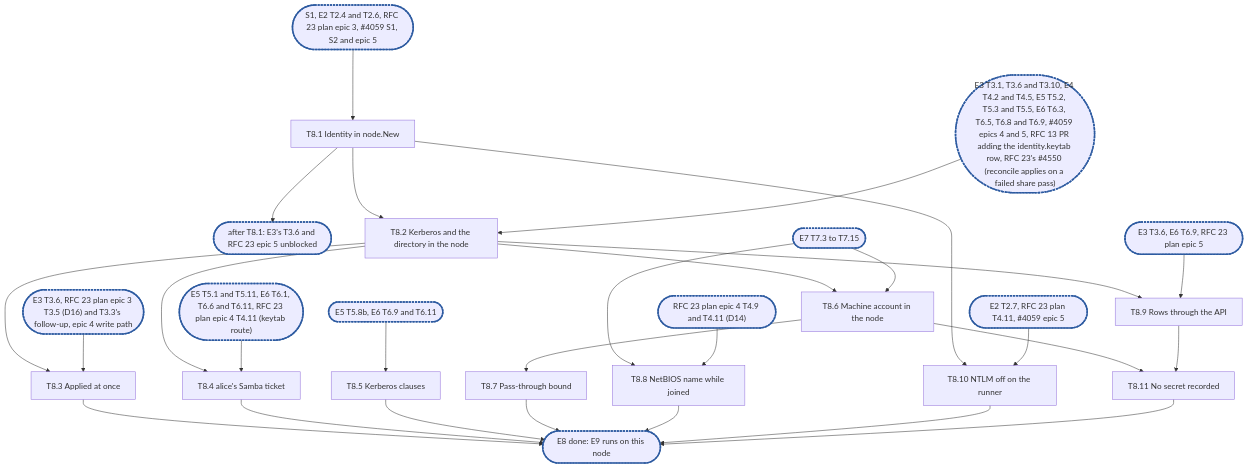
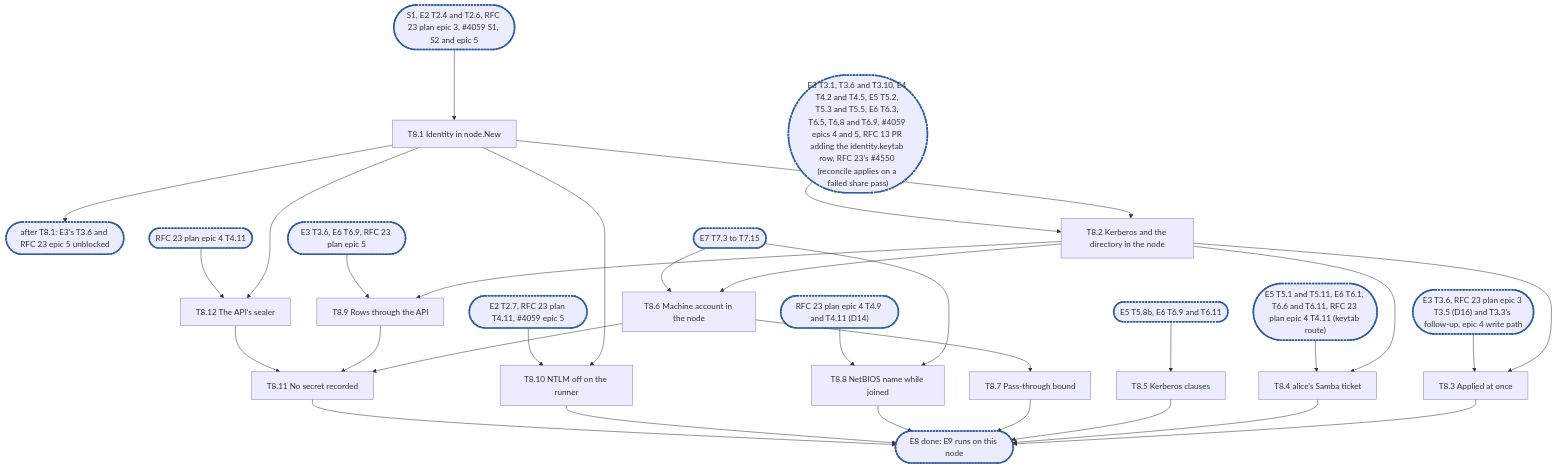
One commit to cubbit/dittofs changed the diagram in docs/internals/planning/rfc-18-identity-epic8.md. Above: the diagram before and after it, drawn with Mermaid. The commit also changed other lines of this file and 2 other files, not shown here.

First line of the commit message:
docs(rfc-18): a held directory uidNumber or gidNumber gets an allocated ID, and T8.9's open is a read (#5436)

````diff
--- a/docs/internals/planning/rfc-18-identity-epic8.md
+++ b/docs/internals/planning/rfc-18-identity-epic8.md
@@ -677,24 +702,26 @@
 ```mermaid
 flowchart TD
   X1(["S1, E2 T2.4 and T2.6, RFC 23 plan epic 3, #4059 S1, S2 and epic 5"]):::sync --> T8_1["T8.1 Identity in node.New"]
   T8_1 --> C0(["after T8.1: E3's T3.6 and RFC 23 epic 5 unblocked"]):::sync
   T8_1 --> T8_2["T8.2 Kerberos and the directory in the node"]
   X2(["E3 T3.1, T3.6 and T3.10, E4 T4.2 and T4.5, E5 T5.2, T5.3 and T5.5, E6 T6.3, T6.5, T6.8 and T6.9, #4059 epics 4 and 5, RFC 13 PR adding the identity.keytab row, RFC 23's #4550 (reconcile applies on a failed share pass)"]):::sync --> T8_2
   T8_2 --> T8_3["T8.3 Applied at once"]
   X3(["E3 T3.6, RFC 23 plan epic 3 T3.5 (D16) and T3.3's follow-up, epic 4 write path"]):::sync --> T8_3
   T8_2 --> T8_4["T8.4 alice's Samba ticket"]
   X4(["E5 T5.1 and T5.11, E6 T6.1, T6.6 and T6.11, RFC 23 plan epic 4 T4.11 (keytab route)"]):::sync --> T8_4
   X5(["E5 T5.8b, E6 T6.9 and T6.11"]):::sync --> T8_5["T8.5 Kerberos clauses"]
   T8_2 --> T8_6["T8.6 Machine account in the node"]
   X6(["E7 T7.3 to T7.15"]):::sync --> T8_6
   T8_6 --> T8_7["T8.7 Pass-through bound"]
   X6 --> T8_8["T8.8 NetBIOS name while joined"]
   X7(["RFC 23 plan epic 4 T4.9 and T4.11 (D14)"]):::sync --> T8_8
   T8_2 --> T8_9["T8.9 Rows through the API"]
   X8(["E3 T3.6, E6 T6.9, RFC 23 plan epic 5"]):::sync --> T8_9
   T8_1 --> T8_10["T8.10 NTLM off on the runner"]
   X9(["E2 T2.7, RFC 23 plan T4.11, #4059 epic 5"]):::sync --> T8_10
-  T8_6 & T8_9 --> T8_11["T8.11 No secret recorded"]
+  T8_1 --> T8_12["T8.12 The API's sealer"]
+  X10(["RFC 23 plan epic 4 T4.11"]):::sync --> T8_12
+  T8_6 & T8_9 & T8_12 --> T8_11["T8.11 No secret recorded"]
   T8_3 & T8_4 & T8_5 & T8_7 & T8_8 & T8_10 & T8_11 --> C1(["E8 done: E9 runs on this node"]):::sync
   classDef sync stroke:#2c5aa0,stroke-width:3px,stroke-dasharray:4 2
 ```
````
